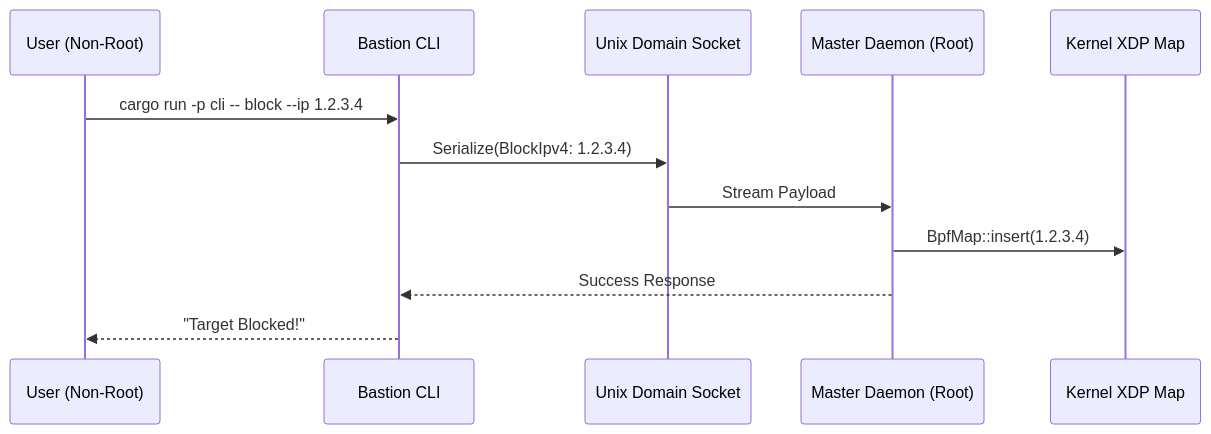
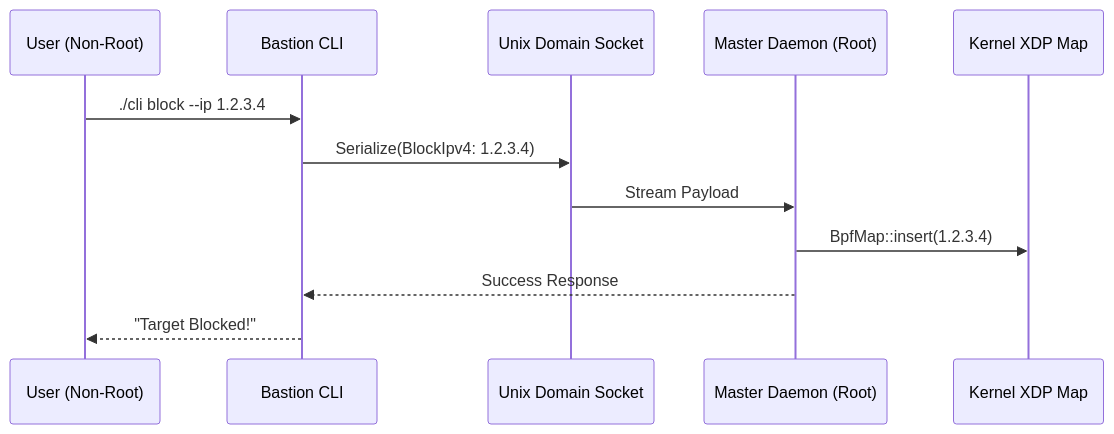
Before and after one commit to xuoxod/bastion-docs: the first of 2 diagrams in LOCAL_EXECUTION_GUIDE.md, drawn with Mermaid. The commit also changed other lines of this file and 18 other files, not shown here.

````diff
--- a/LOCAL_EXECUTION_GUIDE.md
+++ b/LOCAL_EXECUTION_GUIDE.md
@@ -7,15 +7,15 @@
 ```mermaid
 sequenceDiagram
     participant Admin as User (Non-Root)
     participant CLI as Bastion CLI
     participant Skt as Unix Domain Socket
     participant Daemon as Master Daemon (Root)
     participant eBPF as Kernel XDP Map
 
-    Admin->>CLI: cargo run -p cli -- block --ip 1.2.3.4
+    Admin->>CLI: ./cli block --ip 1.2.3.4
     CLI->>Skt: Serialize(BlockIpv4: 1.2.3.4)
     Skt->>Daemon: Stream Payload
     Daemon->>eBPF: BpfMap::insert(1.2.3.4)
     Daemon-->>CLI: Success Response
     CLI-->>Admin: "Target Blocked!"
 ```
````
